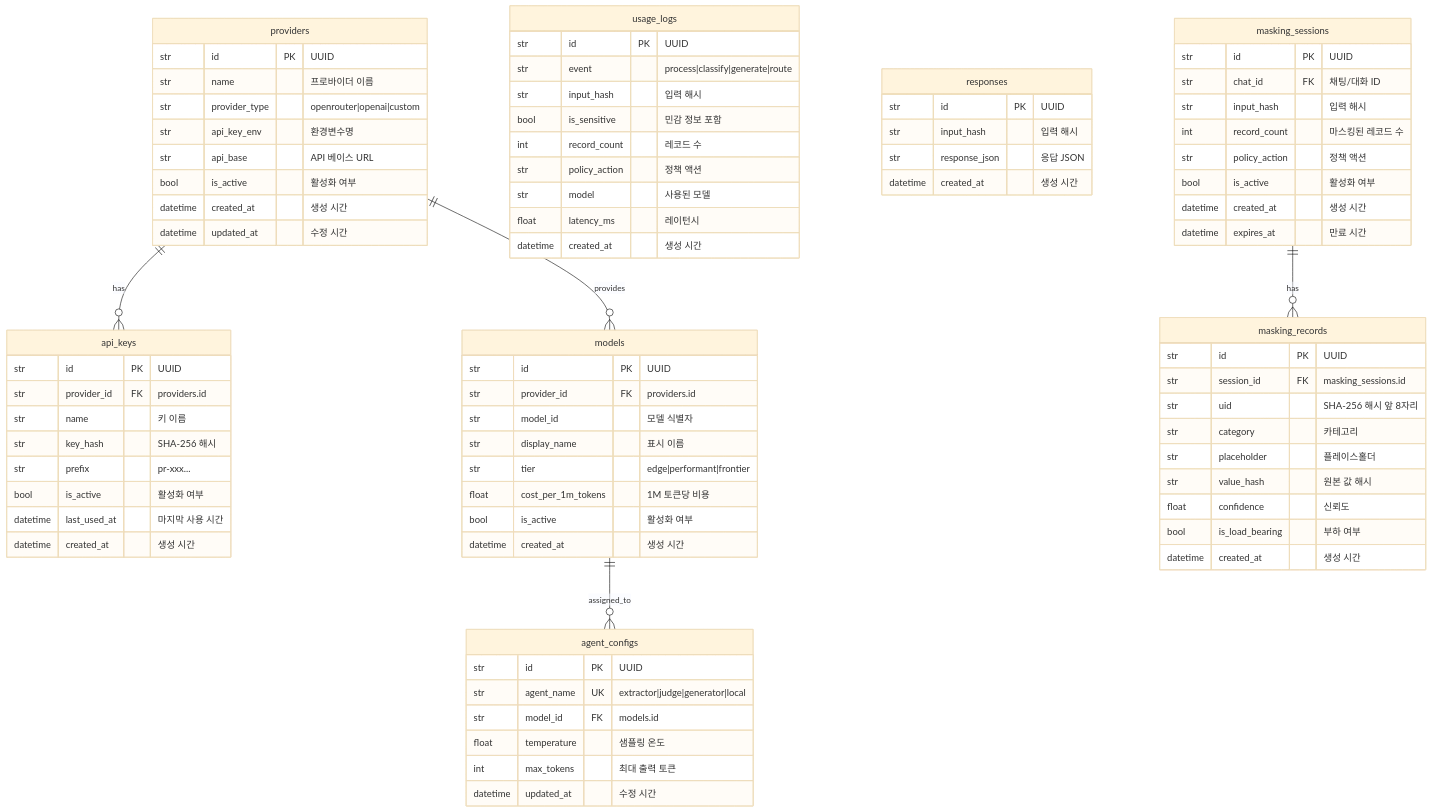
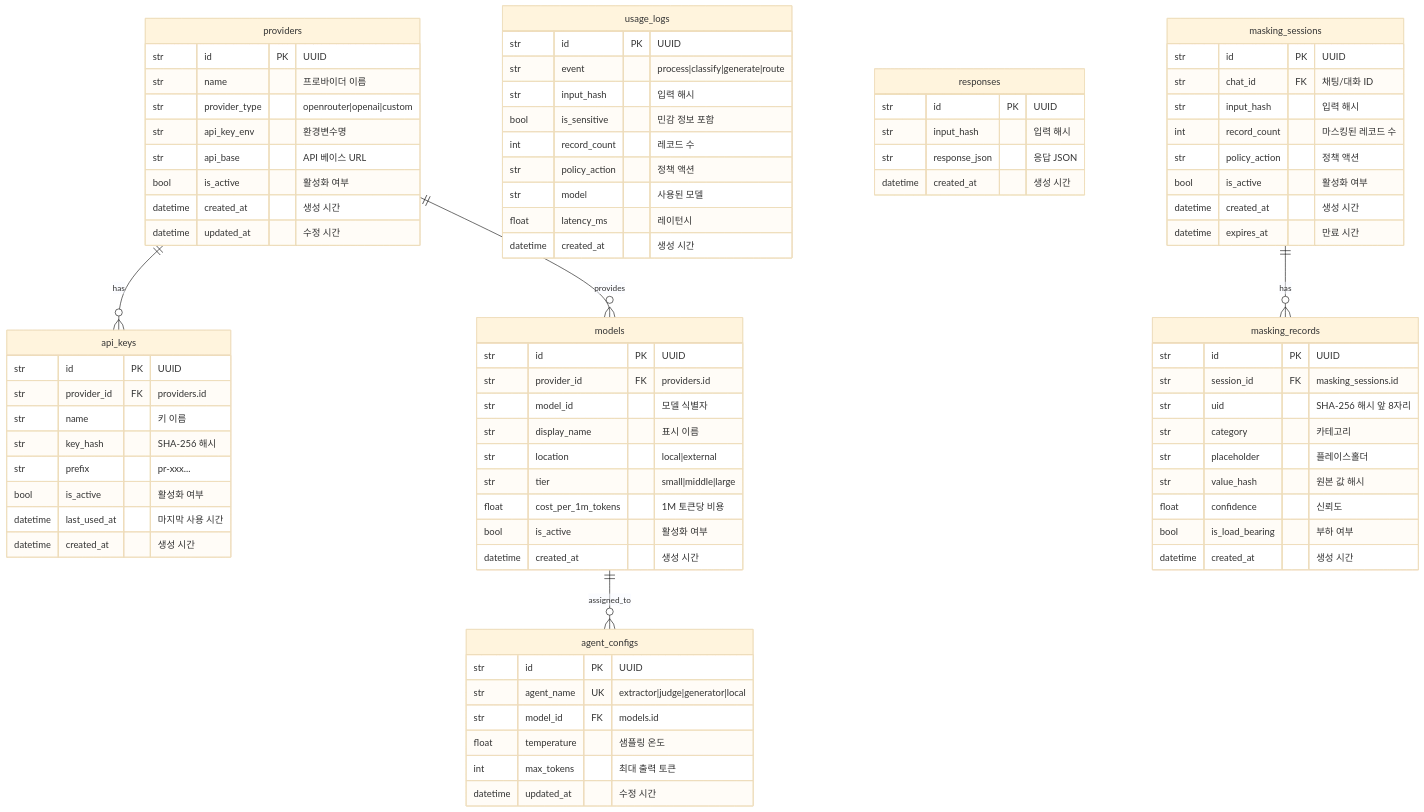
The second of 5 diagrams in docs/architectures/ARCHITECTURE.md (lincolnkerry/Generative-AI-Blockchain-2026), drawn with Mermaid (base theme) before and after one commit. The commit also changed 5 other files, not shown here.

First line of the commit message:
refactor: model schema (location + tier), remove pii_categories

```diff
--- a/docs/architectures/ARCHITECTURE.md
+++ b/docs/architectures/ARCHITECTURE.md
@@ -117,7 +117,8 @@
         str provider_id FK "providers.id"
         str model_id "모델 식별자"
         str display_name "표시 이름"
-        str tier "edge|performant|frontier"
+        str location "local|external"
+        str tier "small|middle|large"
         float cost_per_1m_tokens "1M 토큰당 비용"
         bool is_active "활성화 여부"
         datetime created_at "생성 시간"
```
